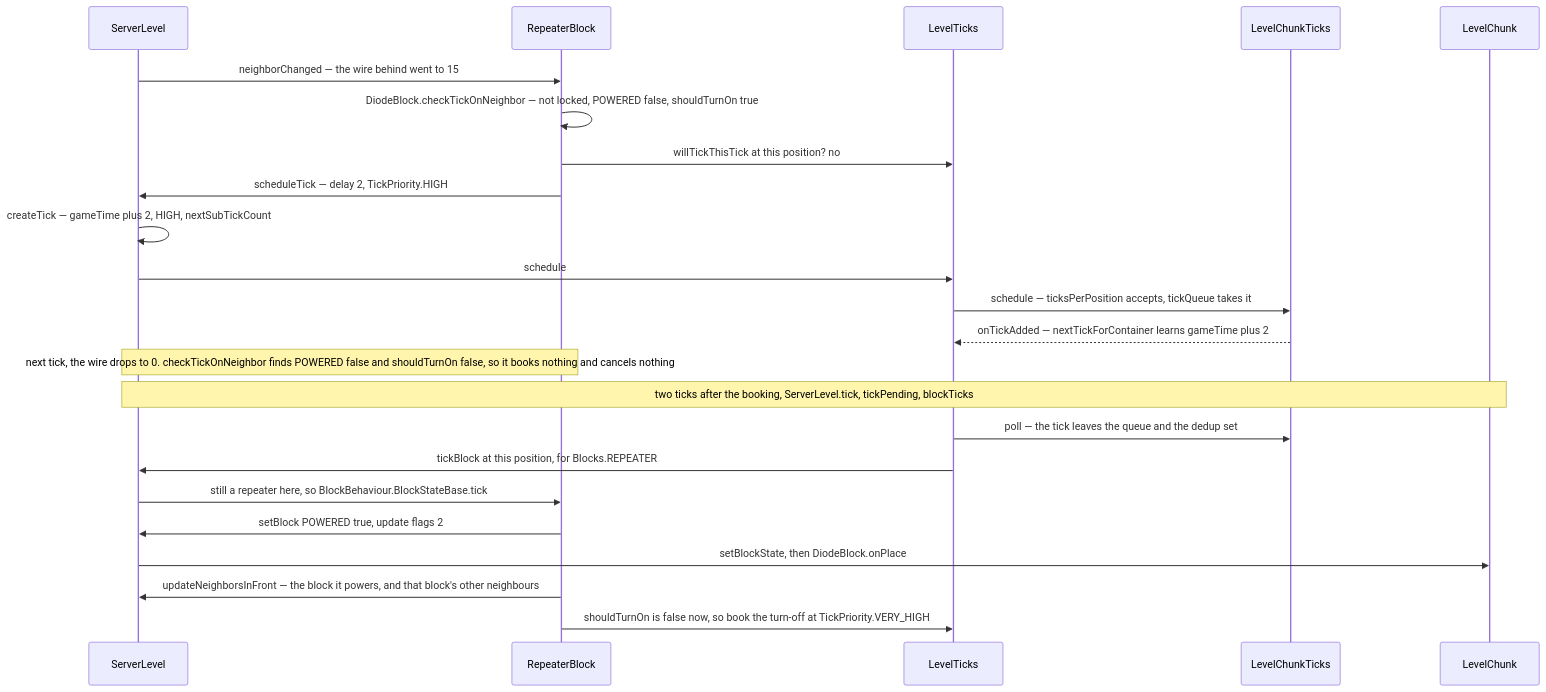
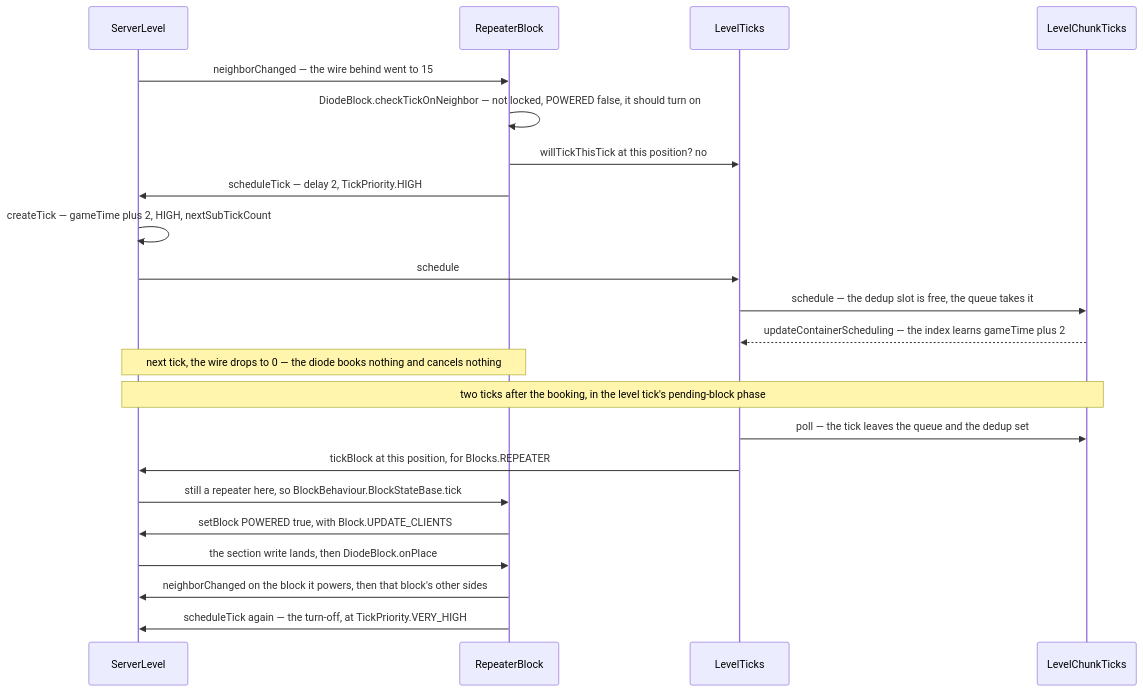
One commit to AlexanderjFraser/MinecraftDocs changed the third of 3 diagrams in src/systems/world/scheduled-ticks.md. Above: the diagram before and after it, drawn with Mermaid. The commit also changed other lines of this file and 22 other files, not shown here.

````diff
--- a/src/systems/world/scheduled-ticks.md
+++ b/src/systems/world/scheduled-ticks.md
@@ -240,26 +277,25 @@
 ```mermaid
 sequenceDiagram
     participant SL as ServerLevel
     participant RB as RepeaterBlock
     participant LTs as LevelTicks
     participant LCTs as LevelChunkTicks
-    participant LC as LevelChunk
 
     SL->>RB: neighborChanged — the wire behind went to 15
-    RB->>RB: DiodeBlock.checkTickOnNeighbor — not locked, POWERED false, shouldTurnOn true
+    RB->>RB: DiodeBlock.checkTickOnNeighbor — not locked, POWERED false, it should turn on
     RB->>LTs: willTickThisTick at this position? no
     RB->>SL: scheduleTick — delay 2, TickPriority.HIGH
     SL->>SL: createTick — gameTime plus 2, HIGH, nextSubTickCount
     SL->>LTs: schedule
-    LTs->>LCTs: schedule — ticksPerPosition accepts, tickQueue takes it
-    LCTs-->>LTs: onTickAdded — nextTickForContainer learns gameTime plus 2
-    Note over SL,RB: next tick, the wire drops to 0. checkTickOnNeighbor finds POWERED false and shouldTurnOn false, so it books nothing and cancels nothing
-    Note over SL,LC: two ticks after the booking, ServerLevel.tick, tickPending, blockTicks
+    LTs->>LCTs: schedule — the dedup slot is free, the queue takes it
+    LCTs-->>LTs: updateContainerScheduling — the index learns gameTime plus 2
+    Note over SL,RB: next tick, the wire drops to 0 — the diode books nothing and cancels nothing
+    Note over SL,LCTs: two ticks after the booking, in the level tick's pending-block phase
     LTs->>LCTs: poll — the tick leaves the queue and the dedup set
     LTs->>SL: tickBlock at this position, for Blocks.REPEATER
     SL->>RB: still a repeater here, so BlockBehaviour.BlockStateBase.tick
-    RB->>SL: setBlock POWERED true, update flags 2
-    SL->>LC: setBlockState, then DiodeBlock.onPlace
-    RB->>SL: updateNeighborsInFront — the block it powers, and that block's other neighbours
-    RB->>LTs: shouldTurnOn is false now, so book the turn-off at TickPriority.VERY_HIGH
+    RB->>SL: setBlock POWERED true, with Block.UPDATE_CLIENTS
+    SL->>RB: the section write lands, then DiodeBlock.onPlace
+    RB->>SL: neighborChanged on the block it powers, then that block's other sides
+    RB->>SL: scheduleTick again — the turn-off, at TickPriority.VERY_HIGH
 ```
````
